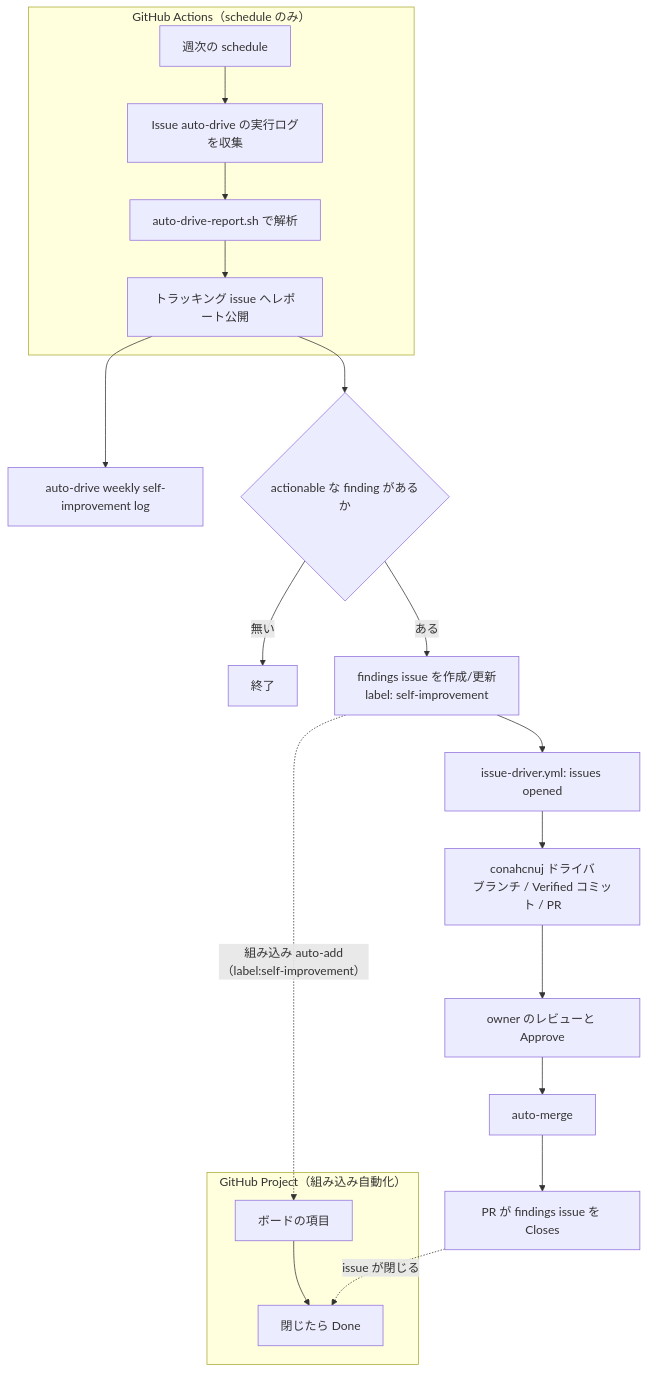
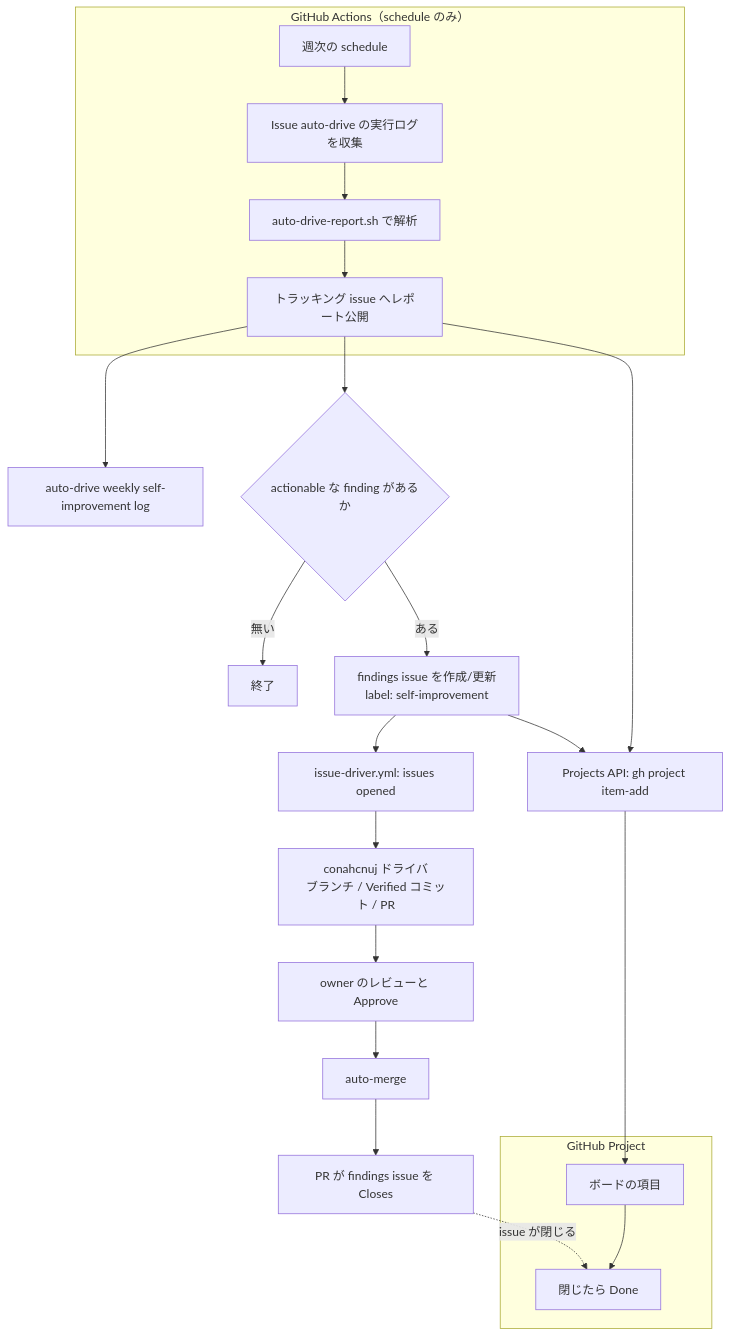
The diagram in docs/self-improvement.md (nahcnuj/conahcnuj), drawn with Mermaid before and after one commit. The commit also changed other lines of this file and 6 other files, not shown here.

Commit message:
auto-drive: add issues to a GitHub Project via gh project item-add

````diff
--- a/docs/self-improvement.md
+++ b/docs/self-improvement.md
@@ -16,25 +16,27 @@
 ```mermaid
 flowchart TD
     subgraph actions["GitHub Actions（schedule のみ）"]
         S[週次の schedule] --> C[Issue auto-drive の実行ログを収集]
         C --> R[auto-drive-report.sh で解析]
         R --> P[トラッキング issue へレポート公開]
     end
 
     P --> T[auto-drive weekly self-improvement log]
     P --> Q{actionable な finding があるか}
     Q -- 無い --> Z[終了]
     Q -- ある --> F[findings issue を作成/更新<br>label: self-improvement]
 
-    subgraph project["GitHub Project（組み込み自動化）"]
+    subgraph project["GitHub Project"]
         B[ボードの項目] --> D[閉じたら Done]
     end
 
-    F -. 組み込み auto-add（label:self-improvement） .-> B
+    P --> A[Projects API: gh project item-add]
+    F --> A
+    A --> B
     F --> I[issue-driver.yml: issues opened]
     I --> DR[conahcnuj ドライバ<br>ブランチ / Verified コミット / PR]
     DR --> O[owner のレビューと Approve]
     O --> M[auto-merge]
     M --> X[PR が findings issue を Closes]
     X -. issue が閉じる .-> D
 ```
````
